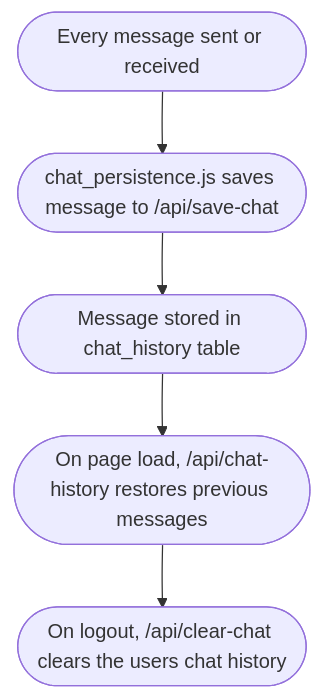
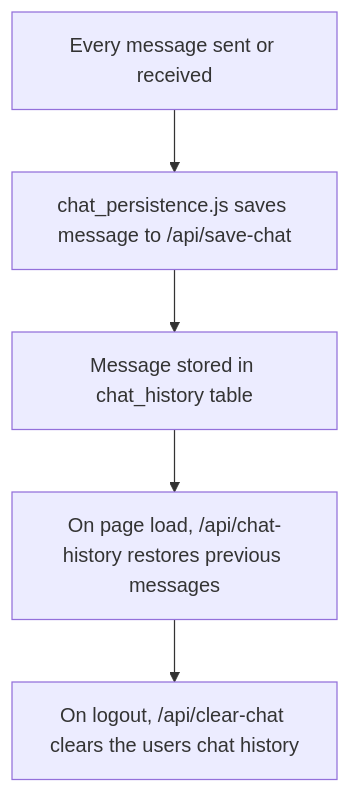
Diagram 11 of 15 in STEP_BY_STEP_GUIDE.md (chaitanyasaiyerra/Musuem-chatbot), drawn with Mermaid before and after one commit. The commit also changed other lines of this file and 1 other file, not shown here.

Commit message:
docs: wrap mermaid nodes in standard boxes with quotes to prevent text wrapping

````diff
--- a/STEP_BY_STEP_GUIDE.md
+++ b/STEP_BY_STEP_GUIDE.md
@@ -176,7 +176,7 @@
 ```mermaid
 graph TD
-    A([Every message sent or received]) --> B([chat_persistence.js saves message to /api/save-chat])
-    B --> C([Message stored in chat_history table])
-    C --> D([On page load, /api/chat-history restores previous messages])
-    D --> E([On logout, /api/clear-chat clears the users chat history])
+    A["Every message sent or received"] --> B["chat_persistence.js saves message to /api/save-chat"]
+    B --> C["Message stored in chat_history table"]
+    C --> D["On page load, /api/chat-history restores previous messages"]
+    D --> E["On logout, /api/clear-chat clears the users chat history"]
 ```
````
